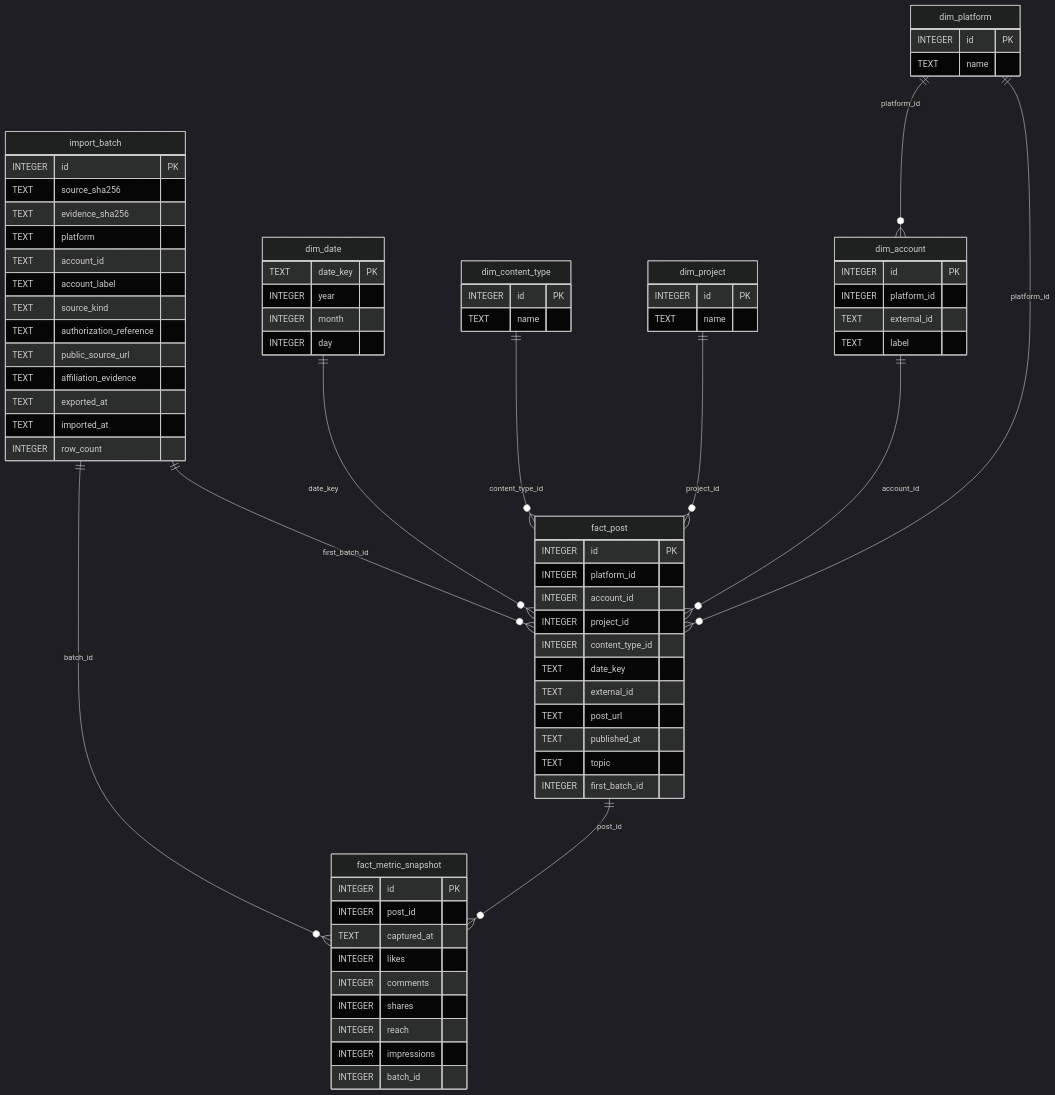
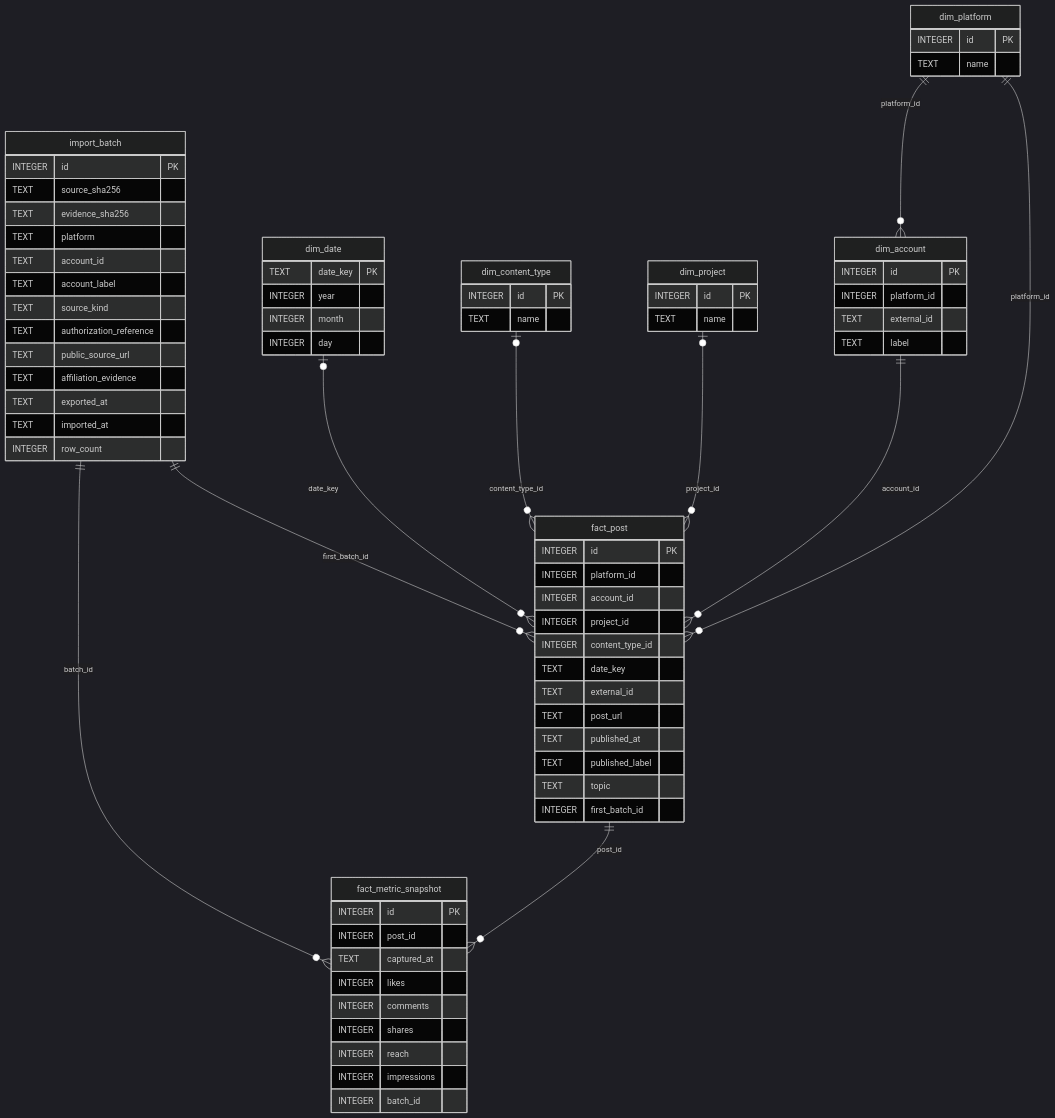
Before and after one commit to UPT-FAING-EPIS/proyecto-si885-2026-i-project-cid: the diagram in unidad2/docs/modelo_generado.md, drawn with Mermaid (dark theme). The commit also changed 14 other files, not shown here.

````diff
--- a/unidad2/docs/modelo_generado.md
+++ b/unidad2/docs/modelo_generado.md
@@ -3,75 +3,76 @@
 ```mermaid
 erDiagram
   import_batch {
     INTEGER id PK
     TEXT source_sha256
     TEXT evidence_sha256
     TEXT platform
     TEXT account_id
     TEXT account_label
     TEXT source_kind
     TEXT authorization_reference
     TEXT public_source_url
     TEXT affiliation_evidence
     TEXT exported_at
     TEXT imported_at
     INTEGER row_count
   }
   dim_platform {
     INTEGER id PK
     TEXT name
   }
   dim_account {
     INTEGER id PK
     INTEGER platform_id
     TEXT external_id
     TEXT label
   }
   dim_project {
     INTEGER id PK
     TEXT name
   }
   dim_content_type {
     INTEGER id PK
     TEXT name
   }
   dim_date {
     TEXT date_key PK
     INTEGER year
     INTEGER month
     INTEGER day
   }
   fact_post {
     INTEGER id PK
     INTEGER platform_id
     INTEGER account_id
     INTEGER project_id
     INTEGER content_type_id
     TEXT date_key
     TEXT external_id
     TEXT post_url
     TEXT published_at
+    TEXT published_label
     TEXT topic
     INTEGER first_batch_id
   }
   fact_metric_snapshot {
     INTEGER id PK
     INTEGER post_id
     TEXT captured_at
     INTEGER likes
     INTEGER comments
     INTEGER shares
     INTEGER reach
     INTEGER impressions
     INTEGER batch_id
   }
   dim_platform ||--o{ dim_account : platform_id
   import_batch ||--o{ fact_post : first_batch_id
-  dim_date ||--o{ fact_post : date_key
-  dim_content_type ||--o{ fact_post : content_type_id
-  dim_project ||--o{ fact_post : project_id
+  dim_date o|--o{ fact_post : date_key
+  dim_content_type o|--o{ fact_post : content_type_id
+  dim_project o|--o{ fact_post : project_id
   dim_account ||--o{ fact_post : account_id
   dim_platform ||--o{ fact_post : platform_id
   import_batch ||--o{ fact_metric_snapshot : batch_id
   fact_post ||--o{ fact_metric_snapshot : post_id
 ```
````
